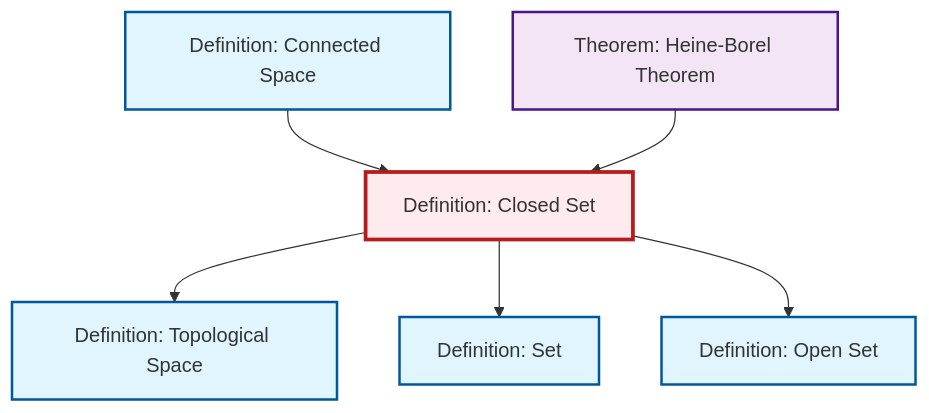
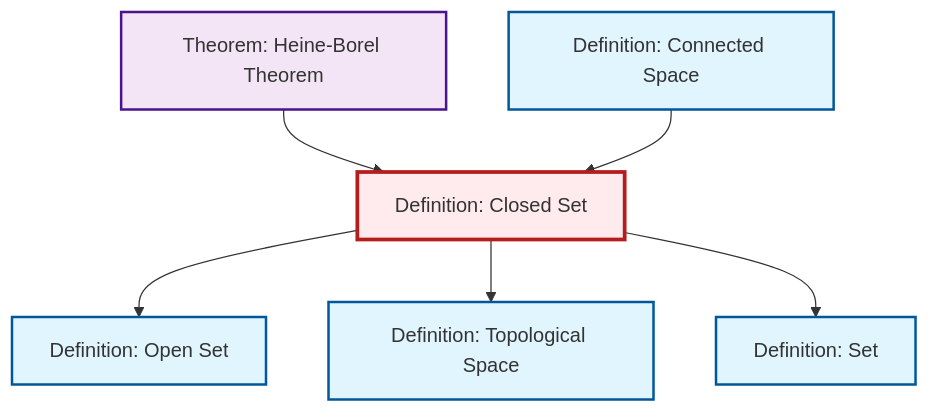
Before and after one commit to RK0429/ModernMath: the diagram in content/en/topology/def-closed-set.qmd, drawn with Mermaid. The commit also changed other lines of this file and 672 other files, not shown here.

````diff
--- a/content/en/topology/def-closed-set.qmd
+++ b/content/en/topology/def-closed-set.qmd
@@ -44,26 +44,26 @@
 ```{mermaid}
 %%| fig-cap: "Local dependency graph"
 graph TD
     classDef definition fill:#e1f5fe,stroke:#01579b,stroke-width:2px
     classDef theorem fill:#f3e5f5,stroke:#4a148c,stroke-width:2px
     classDef axiom fill:#fff3e0,stroke:#e65100,stroke-width:2px
     classDef example fill:#e8f5e9,stroke:#1b5e20,stroke-width:2px
     classDef current fill:#ffebee,stroke:#b71c1c,stroke-width:3px
-    def-open-set["Definition: Open Set"]:::definition
-    def-connected["Definition: Connected Space"]:::definition
     def-set["Definition: Set"]:::definition
     def-topological-space["Definition: Topological Space"]:::definition
     def-closed-set["Definition: Closed Set"]:::definition
     thm-heine-borel["Theorem: Heine-Borel Theorem"]:::theorem
+    def-open-set["Definition: Open Set"]:::definition
+    def-connected["Definition: Connected Space"]:::definition
+    def-closed-set --> def-open-set
+    thm-heine-borel --> def-closed-set
+    def-connected --> def-closed-set
     def-closed-set --> def-topological-space
     def-closed-set --> def-set
-    def-connected --> def-closed-set
-    def-closed-set --> def-open-set
-    thm-heine-borel --> def-closed-set
     class def-closed-set current
-    click def-open-set "def-open-set.html" "Go to Open Set definition"
-    click def-connected "def-connected.html" "Go to Connected Space definition"
     click def-set "def-set.html" "Go to Set definition"
     click def-topological-space "def-topological-space.html" "Go to Topological Space definition"
     click thm-heine-borel "thm-heine-borel.html" "Go to Heine-Borel Theorem theorem"
+    click def-open-set "def-open-set.html" "Go to Open Set definition"
+    click def-connected "def-connected.html" "Go to Connected Space definition"
 ```
````
